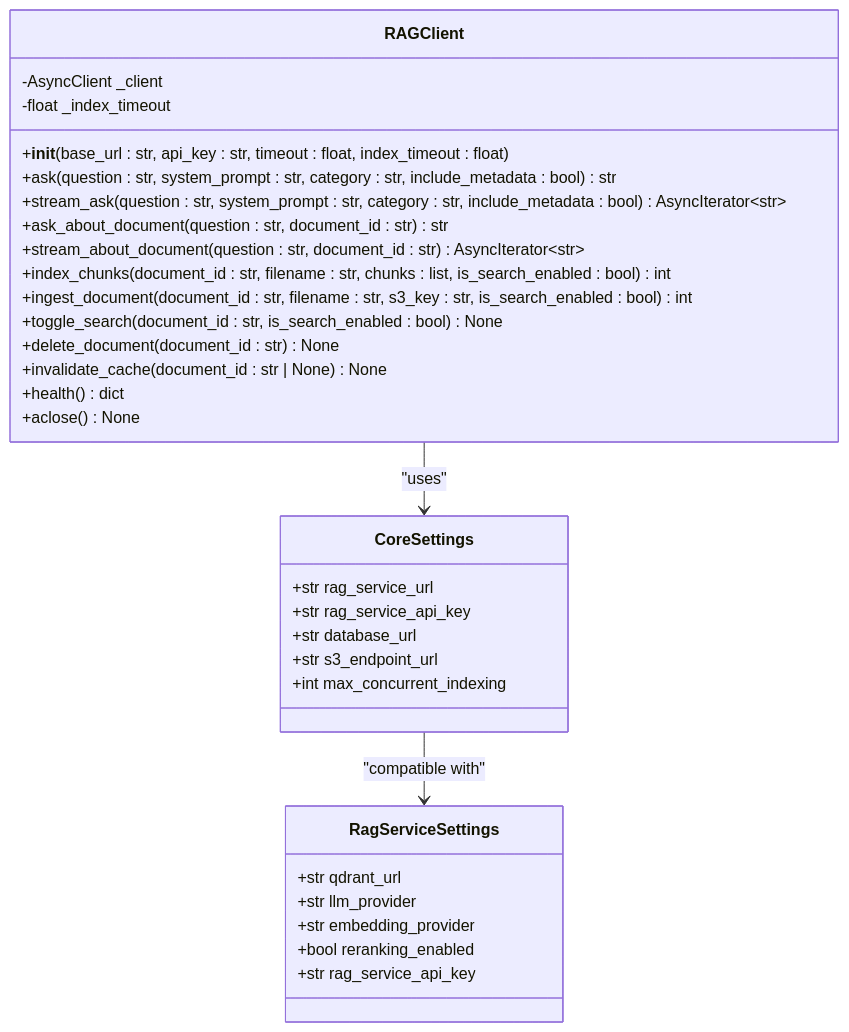
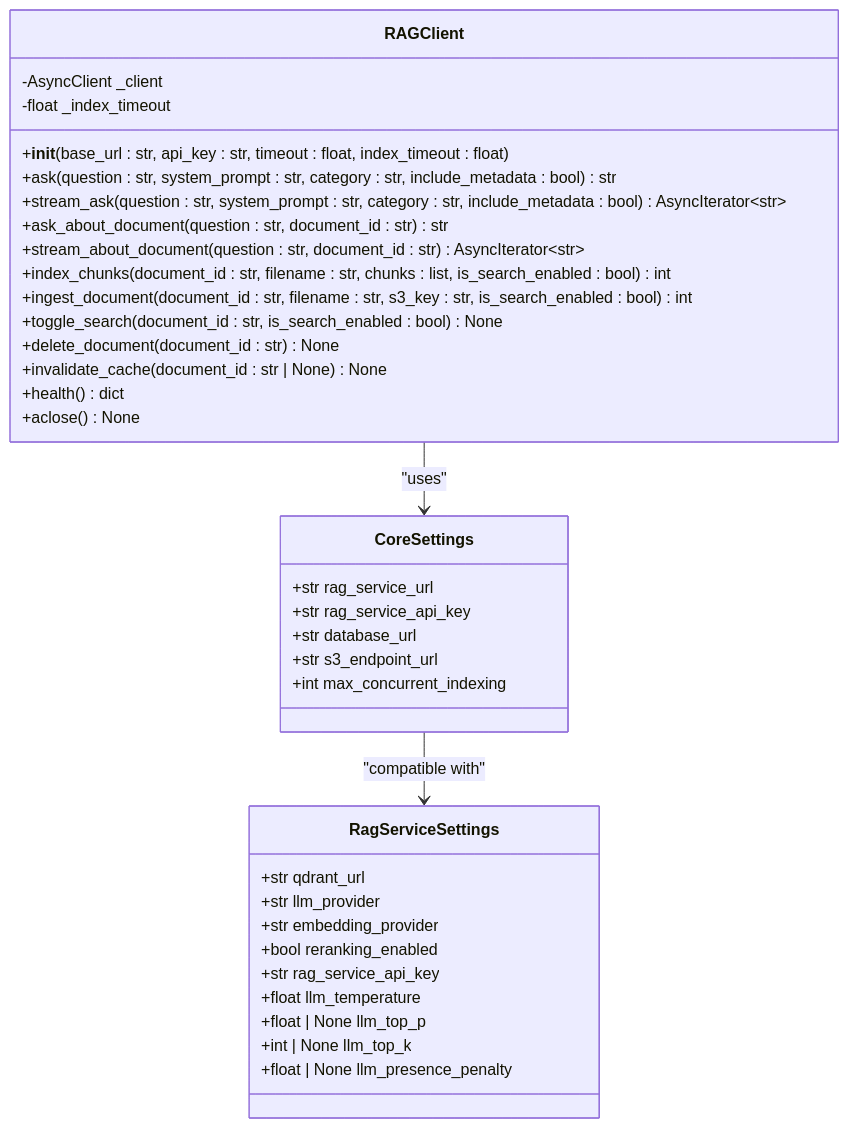
Before and after one commit to ognelis/cafetera_hr_bot: the second of 13 diagrams in .qoder/repowiki/en/content/API Reference/RAG Client Integration.md, drawn with Mermaid. The commit also changed other lines of this file and 9 other files, not shown here.

````diff
--- a/.qoder/repowiki/en/content/API Reference/RAG Client Integration.md
+++ b/.qoder/repowiki/en/content/API Reference/RAG Client Integration.md
@@ -115,35 +128,39 @@
 ```mermaid
 classDiagram
 class RAGClient {
 -AsyncClient _client
 -float _index_timeout
 +__init__(base_url : str, api_key : str, timeout : float, index_timeout : float)
 +ask(question : str, system_prompt : str, category : str, include_metadata : bool) str
 +stream_ask(question : str, system_prompt : str, category : str, include_metadata : bool) AsyncIterator~str~
 +ask_about_document(question : str, document_id : str) str
 +stream_about_document(question : str, document_id : str) AsyncIterator~str~
 +index_chunks(document_id : str, filename : str, chunks : list, is_search_enabled : bool) int
 +ingest_document(document_id : str, filename : str, s3_key : str, is_search_enabled : bool) int
 +toggle_search(document_id : str, is_search_enabled : bool) None
 +delete_document(document_id : str) None
 +invalidate_cache(document_id : str | None) None
 +health() dict
 +aclose() None
 }
 class CoreSettings {
 +str rag_service_url
 +str rag_service_api_key
 +str database_url
 +str s3_endpoint_url
 +int max_concurrent_indexing
 }
 class RagServiceSettings {
 +str qdrant_url
 +str llm_provider
 +str embedding_provider
 +bool reranking_enabled
 +str rag_service_api_key
++float llm_temperature
++float | None llm_top_p
++int | None llm_top_k
++float | None llm_presence_penalty
 }
 RAGClient --> CoreSettings : "uses"
 CoreSettings --> RagServiceSettings : "compatible with"
 ```
````
